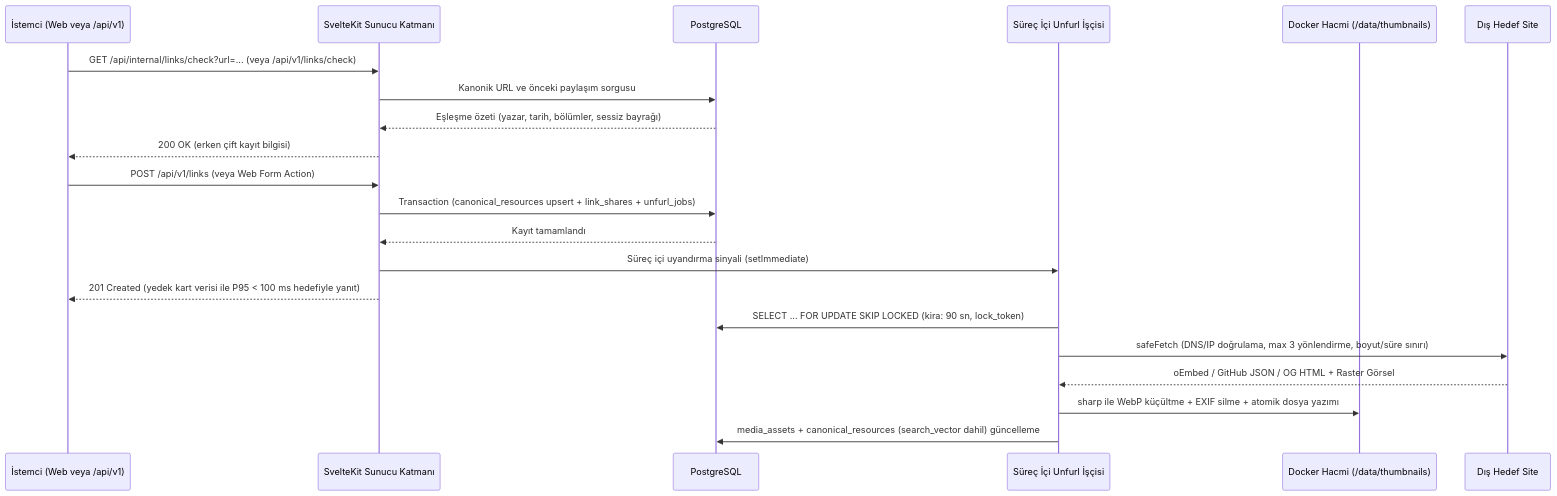
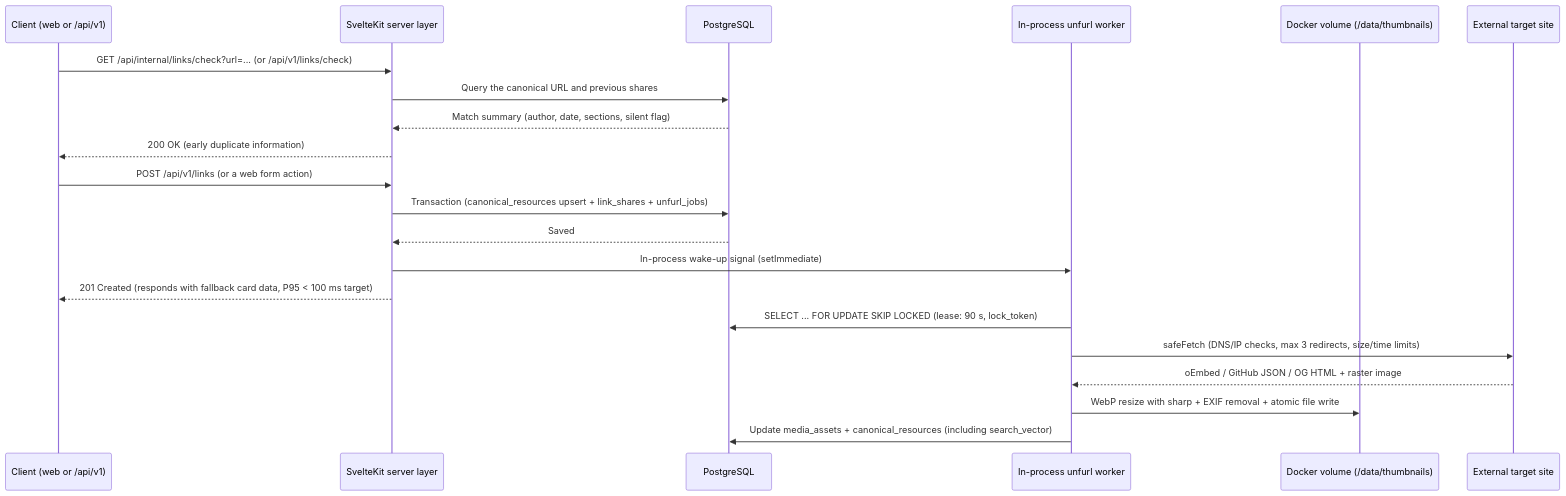
The second of 2 diagrams in docs/designs/izgah-core.md (gorkemio/izgah), drawn with Mermaid before and after one commit. The commit also changed other lines of this file, not shown here.

````diff
--- a/docs/designs/izgah-core.md
+++ b/docs/designs/izgah-core.md
@@ -118,26 +120,26 @@
 ```mermaid
 sequenceDiagram
-    participant C as İstemci (Web veya /api/v1)
-    participant S as SvelteKit Sunucu Katmanı
+    participant C as Client (web or /api/v1)
+    participant S as SvelteKit server layer
     participant DB as PostgreSQL
-    participant W as Süreç İçi Unfurl İşçisi
-    participant V as Docker Hacmi (/data/thumbnails)
-    participant R as Dış Hedef Site
+    participant W as In-process unfurl worker
+    participant V as Docker volume (/data/thumbnails)
+    participant R as External target site
 
-    C->>S: GET /api/internal/links/check?url=... (veya /api/v1/links/check)
-    S->>DB: Kanonik URL ve önceki paylaşım sorgusu
-    DB-->>S: Eşleşme özeti (yazar, tarih, bölümler, sessiz bayrağı)
-    S-->>C: 200 OK (erken çift kayıt bilgisi)
+    C->>S: GET /api/internal/links/check?url=... (or /api/v1/links/check)
+    S->>DB: Query the canonical URL and previous shares
+    DB-->>S: Match summary (author, date, sections, silent flag)
+    S-->>C: 200 OK (early duplicate information)
 
-    C->>S: POST /api/v1/links (veya Web Form Action)
+    C->>S: POST /api/v1/links (or a web form action)
     S->>DB: Transaction (canonical_resources upsert + link_shares + unfurl_jobs)
-    DB-->>S: Kayıt tamamlandı
-    S->>W: Süreç içi uyandırma sinyali (setImmediate)
-    S-->>C: 201 Created (yedek kart verisi ile P95 < 100 ms hedefiyle yanıt)
+    DB-->>S: Saved
+    S->>W: In-process wake-up signal (setImmediate)
+    S-->>C: 201 Created (responds with fallback card data, P95 < 100 ms target)
 
-    W->>DB: SELECT ... FOR UPDATE SKIP LOCKED (kira: 90 sn, lock_token)
-    W->>R: safeFetch (DNS/IP doğrulama, max 3 yönlendirme, boyut/süre sınırı)
-    R-->>W: oEmbed / GitHub JSON / OG HTML + Raster Görsel
-    W->>V: sharp ile WebP küçültme + EXIF silme + atomik dosya yazımı
-    W->>DB: media_assets + canonical_resources (search_vector dahil) güncelleme
+    W->>DB: SELECT ... FOR UPDATE SKIP LOCKED (lease: 90 s, lock_token)
+    W->>R: safeFetch (DNS/IP checks, max 3 redirects, size/time limits)
+    R-->>W: oEmbed / GitHub JSON / OG HTML + raster image
+    W->>V: WebP resize with sharp + EXIF removal + atomic file write
+    W->>DB: Update media_assets + canonical_resources (including search_vector)
 ```
````
